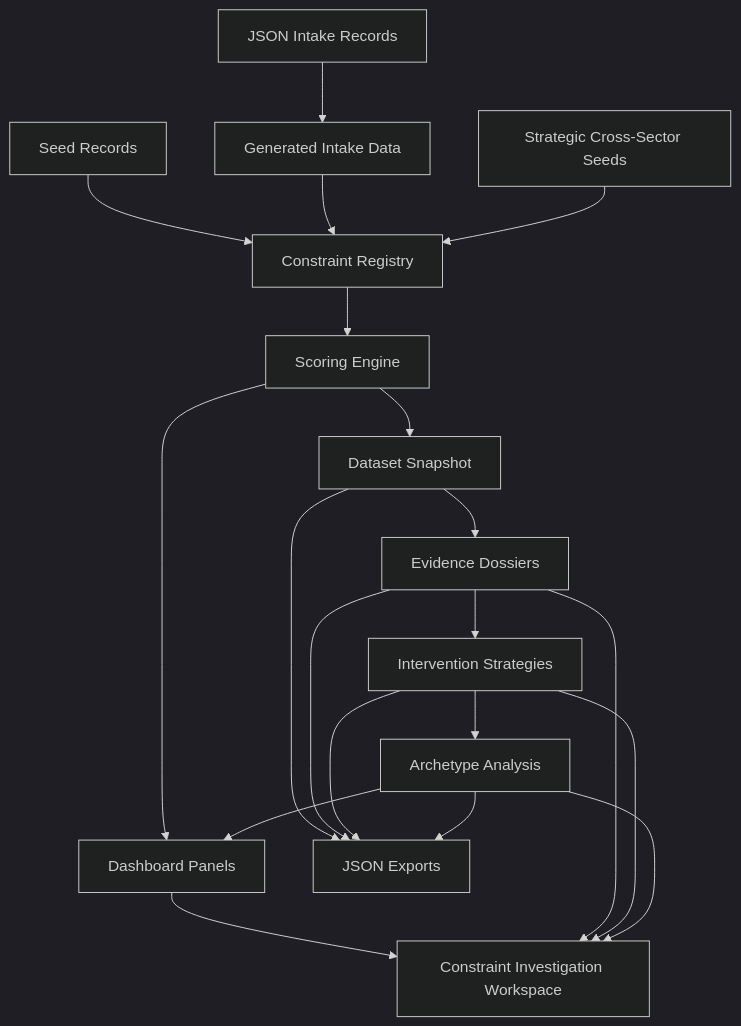
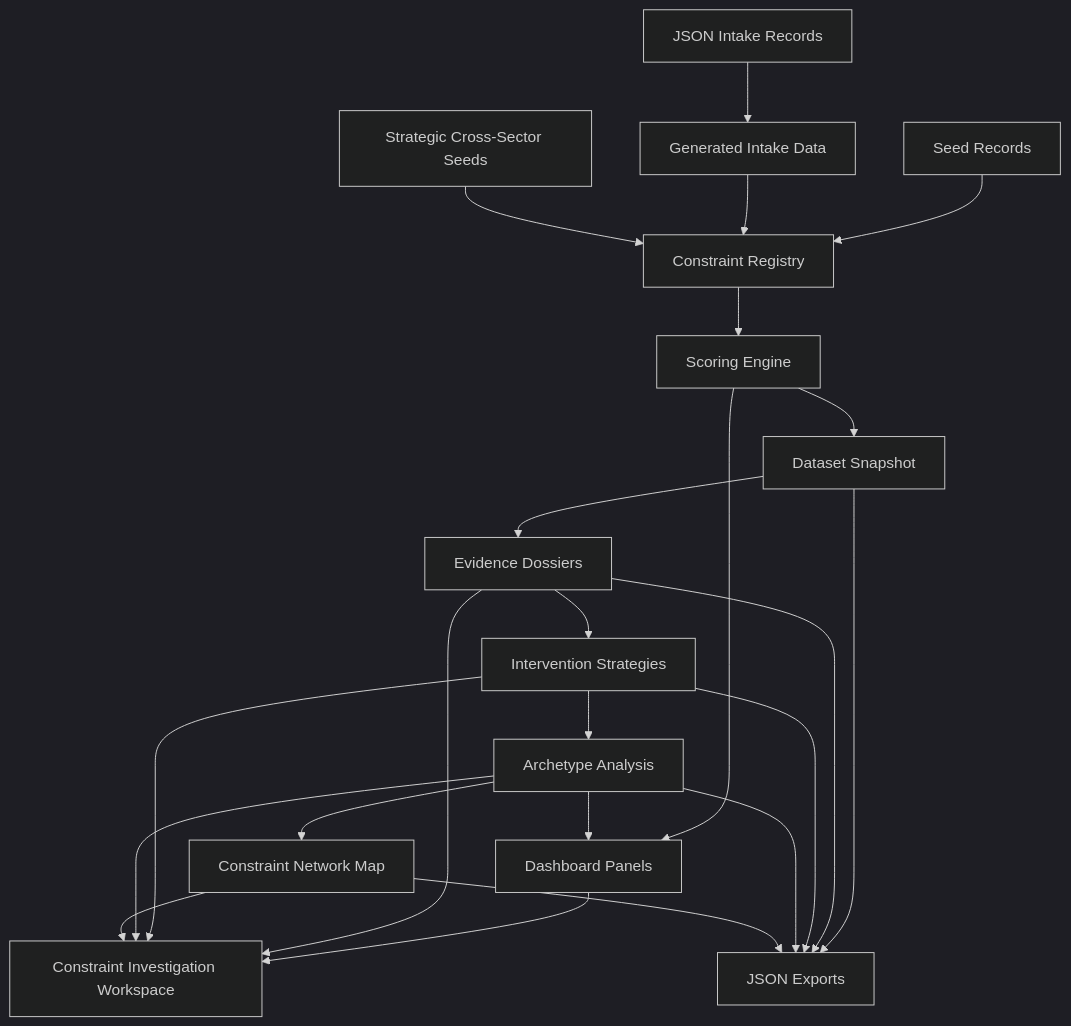
The diagram in README.md (EtherTabu/economic-x-ray-vision), drawn with Mermaid (dark theme) before and after one commit. The commit also changed other lines of this file and 12 other files, not shown here.

Commit message:
Add constraint network map

````diff
--- a/README.md
+++ b/README.md
@@ -81,22 +83,25 @@
 ```mermaid
 flowchart TD
   A["Seed Records"] --> C["Constraint Registry"]
   B["JSON Intake Records"] --> D["Generated Intake Data"]
   D --> C
   E["Strategic Cross-Sector Seeds"] --> C
   C --> F["Scoring Engine"]
   F --> G["Dataset Snapshot"]
   G --> H["Evidence Dossiers"]
   H --> I["Intervention Strategies"]
   I --> J["Archetype Analysis"]
+  J --> N["Constraint Network Map"]
   F --> K["Dashboard Panels"]
   K --> M["Constraint Investigation Workspace"]
   H --> M
   I --> M
   J --> M
+  N --> M
   G --> L["JSON Exports"]
   H --> L
   I --> L
   J --> L
+  N --> L
   J --> K
 ```
````
